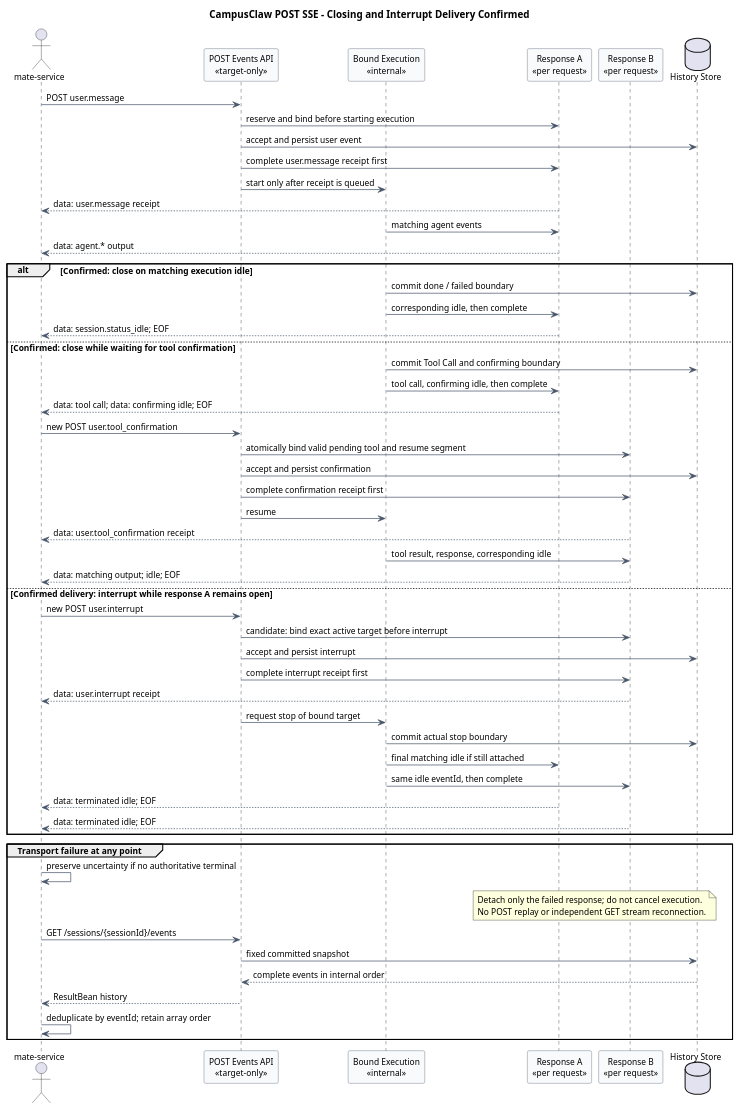
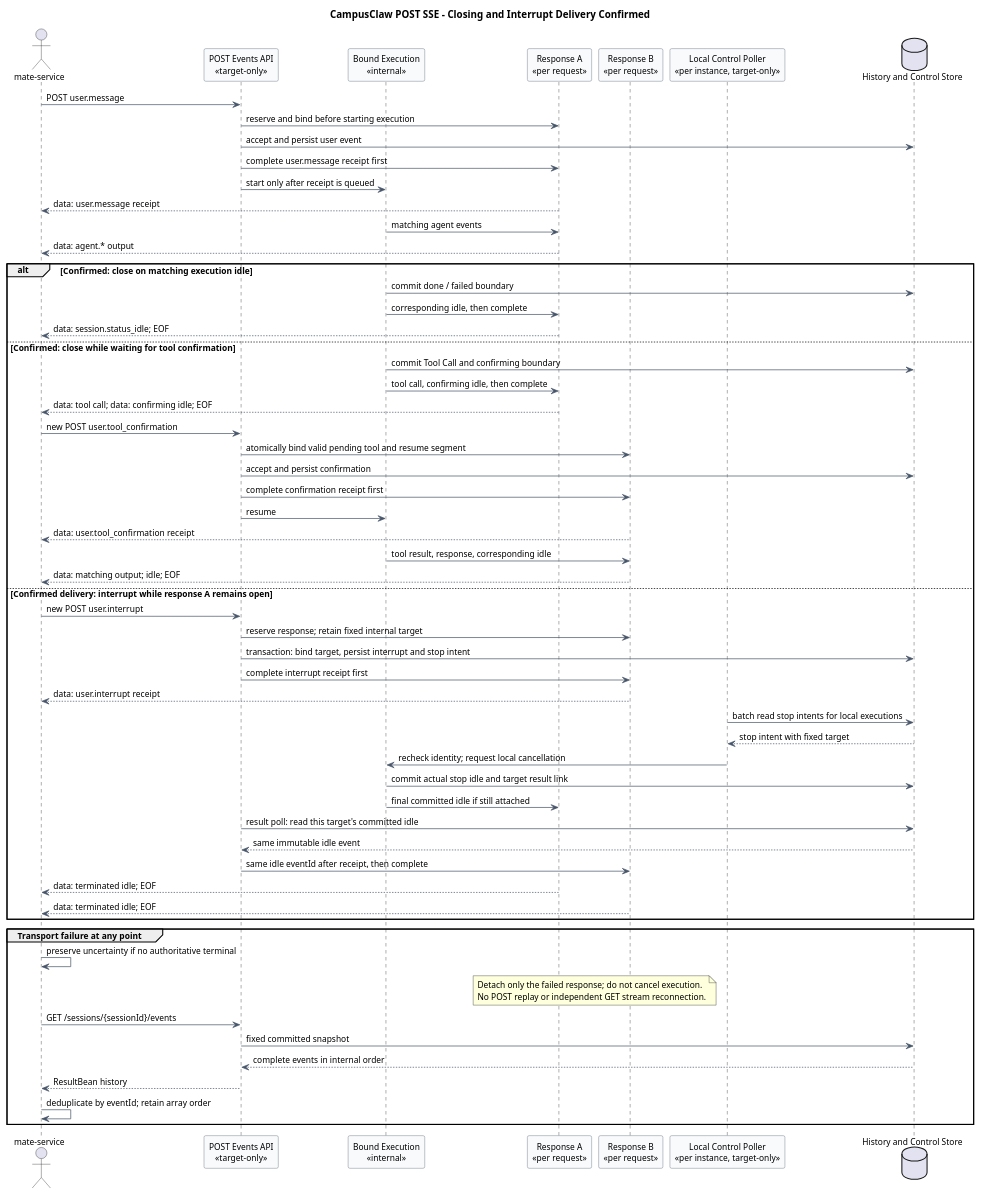
The third of 5 diagrams in 01-总体架构/01-CampusClaw多Agent运行时/设计图/事件接口重设计/diagram.puml (ssm0808/pi-mono-java-design), drawn with PlantUML before and after one commit. The commit also changed other lines of this file and 14 other files, not shown here.

```diff
--- a/01-总体架构/01-CampusClaw多Agent运行时/设计图/事件接口重设计/diagram.puml
+++ b/01-总体架构/01-CampusClaw多Agent运行时/设计图/事件接口重设计/diagram.puml
@@ -187,81 +196,87 @@
 @startuml target_session_live_stream_lifecycle
 title CampusClaw POST SSE - Closing and Interrupt Delivery Confirmed
 ' Stable block name retained for existing SVG links; this is no longer a GET stream.
 ' Source evidence: pi-mono-java 918005ee8ccc88d179fc31a0de17a92b4a01383b.
 ' campusclaw/src/main/java/com/huawei/hicampus/claw/codingagent/runtimeapi/event/RuntimeTerminalEventFactory.java,
 ' emit, lines 34-57: current idle plus stream.end, or stream.error on failure.
 ' campusclaw/src/main/java/com/huawei/hicampus/claw/codingagent/runtimeapi/web/RuntimeSseEmitterSubscriber.java,
 ' onEvent/onComplete, lines 33-49: named SSE; explicit emitter completion.
 ' Confirmed: one POST for input/output, user receipt first, data-only and type+phase.
 ' Confirmed target-only: matching idle ends this response, including confirmation waits.
 ' Design reason: do not keep a completed request open for unrelated later messages.
 ' Confirmed: original output stays on A; B receives receipt and the same stop idle only.
-' Instance routing, control binding, idle reason literals and failures remain unconfirmed.
+' Confirmed target-only: durable DB stop requests and per-instance batch polling; no Redis.
+' Exact schema, polling interval, races, idle reason literals and failures remain open.
 skinparam backgroundColor #FFFFFF
 skinparam shadowing false
 skinparam defaultFontName Arial
 skinparam defaultFontSize 12
 skinparam sequence {
   ParticipantBackgroundColor #F8FAFC
   ParticipantBorderColor #475569
   ArrowColor #475569
 }
 actor "mate-service" as Client
 participant "POST Events API\n<<target-only>>" as API
 participant "Bound Execution\n<<internal>>" as Execution
 participant "Response A\n<<per request>>" as A
 participant "Response B\n<<per request>>" as B
-database "History Store" as Store
+participant "Local Control Poller\n<<per instance, target-only>>" as Poller
+database "History and Control Store" as Store
 
 Client -> API : POST user.message
 API -> A : reserve and bind before starting execution
 API -> Store : accept and persist user event
 API -> A : complete user.message receipt first
 API -> Execution : start only after receipt is queued
 A --> Client : data: user.message receipt
 Execution -> A : matching agent events
 A --> Client : data: agent.* output
 
 alt Confirmed: close on matching execution idle
   Execution -> Store : commit done / failed boundary
   Execution -> A : corresponding idle, then complete
   A --> Client : data: session.status_idle; EOF
 else Confirmed: close while waiting for tool confirmation
   Execution -> Store : commit Tool Call and confirming boundary
   Execution -> A : tool call, confirming idle, then complete
   A --> Client : data: tool call; data: confirming idle; EOF
   Client -> API : new POST user.tool_confirmation
   API -> B : atomically bind valid pending tool and resume segment
   API -> Store : accept and persist confirmation
   API -> B : complete confirmation receipt first
   API -> Execution : resume
   B --> Client : data: user.tool_confirmation receipt
   Execution -> B : tool result, response, corresponding idle
   B --> Client : data: matching output; idle; EOF
 else Confirmed delivery: interrupt while response A remains open
   Client -> API : new POST user.interrupt
-  API -> B : candidate: bind exact active target before interrupt
-  API -> Store : accept and persist interrupt
+  API -> B : reserve response; retain fixed internal target
+  API -> Store : transaction: bind target, persist interrupt and stop intent
   API -> B : complete interrupt receipt first
   B --> Client : data: user.interrupt receipt
-  API -> Execution : request stop of bound target
-  Execution -> Store : commit actual stop boundary
-  Execution -> A : final matching idle if still attached
-  Execution -> B : same idle eventId, then complete
+  Poller -> Store : batch read stop intents for local executions
+  Store --> Poller : stop intent with fixed target
+  Poller -> Execution : recheck identity; request local cancellation
+  Execution -> Store : commit actual stop idle and target result link
+  Execution -> A : final committed idle if still attached
+  API -> Store : result poll: read this target's committed idle
+  Store --> API : same immutable idle event
+  API -> B : same idle eventId after receipt, then complete
   A --> Client : data: terminated idle; EOF
   B --> Client : data: terminated idle; EOF
 end
 
 group Transport failure at any point
   Client -> Client : preserve uncertainty if no authoritative terminal
   note over A,B
   Detach only the failed response; do not cancel execution.
   No POST replay or independent GET stream reconnection.
   end note
   Client -> API : GET /sessions/{sessionId}/events
   API -> Store : fixed committed snapshot
   Store --> API : complete events in internal order
   API --> Client : ResultBean history
   Client -> Client : deduplicate by eventId; retain array order
 end
 @enduml
```
